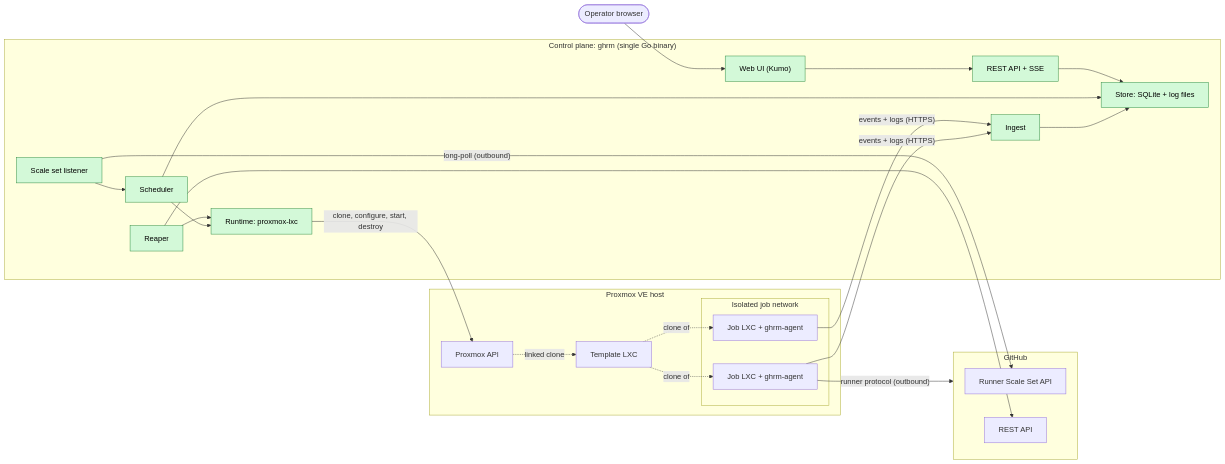
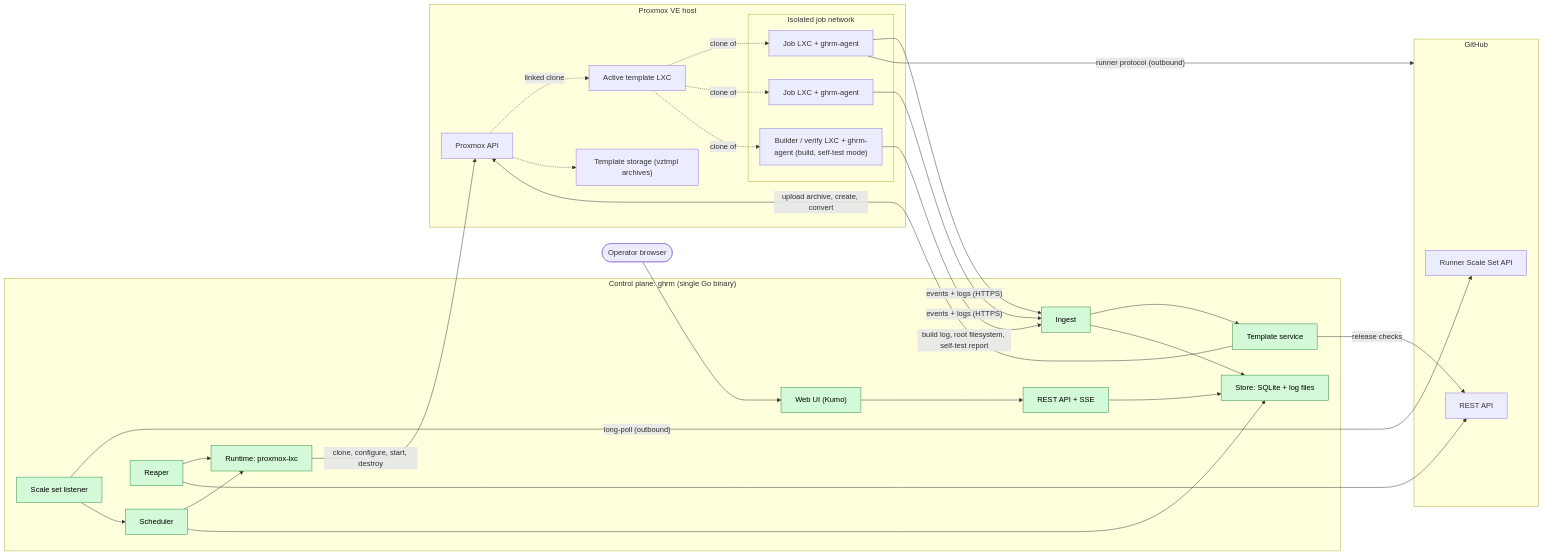
Before and after one commit to cocardoso/gh-runners-manager: the first of 10 diagrams in docs/architecture.md, drawn with Mermaid. The commit also changed other lines of this file and 2 other files, not shown here.

Commit message:
docs: template pipeline, version states, permissions and build notes

````diff
--- a/docs/architecture.md
+++ b/docs/architecture.md
@@ -33,51 +34,60 @@
 ```mermaid
 flowchart LR
     subgraph github["GitHub"]
         ss["Runner Scale Set API"]
         rest["REST API"]
     end
 
     subgraph cp["Control plane: ghrm (single Go binary)"]
         listener["Scale set listener"]
         scheduler["Scheduler"]
         runtime["Runtime: proxmox-lxc"]
         reaper["Reaper"]
+        templates["Template service"]
         store["Store: SQLite + log files"]
         ingest["Ingest"]
         api["REST API + SSE"]
         ui["Web UI (Kumo)"]
     end
 
     subgraph pve["Proxmox VE host"]
         pveapi["Proxmox API"]
-        tmpl["Template LXC"]
+        tmpl["Active template LXC"]
+        tmplstore["Template storage (vztmpl archives)"]
         subgraph jobnet["Isolated job network"]
             env1["Job LXC + ghrm-agent"]
             env2["Job LXC + ghrm-agent"]
+            builder["Builder / verify LXC + ghrm-agent (build, self-test mode)"]
         end
     end
 
     operator(["Operator browser"])
 
     listener -- "long-poll (outbound)" --> ss
     listener --> scheduler
     scheduler --> runtime
     runtime -- "clone, configure, start, destroy" --> pveapi
     pveapi -. "linked clone" .-> tmpl
     tmpl -. "clone of" .-> env1
     tmpl -. "clone of" .-> env2
     env1 -- "events + logs (HTTPS)" --> ingest
     env2 -- "events + logs (HTTPS)" --> ingest
     env1 -- "runner protocol (outbound)" --> github
     reaper --> runtime
     reaper --> rest
+    templates -- "release checks" --> rest
+    templates -- "upload archive, create, convert" --> pveapi
+    pveapi -.-> tmplstore
+    tmpl -. "clone of" .-> builder
+    builder -- "build log, root filesystem, self-test report" --> ingest
+    ingest --> templates
     ingest --> store
     scheduler --> store
     api --> store
     ui --> api
     operator --> ui
 
     classDef done fill:#d3f9d8,stroke:#2b8a3e,color:#000
     classDef planned fill:#f1f3f5,stroke:#868e96,stroke-dasharray:5 5,color:#000
-    class runtime,scheduler,listener,reaper,store,ingest,api,ui done
+    class runtime,scheduler,listener,reaper,store,ingest,api,ui,templates done
 ```
````
